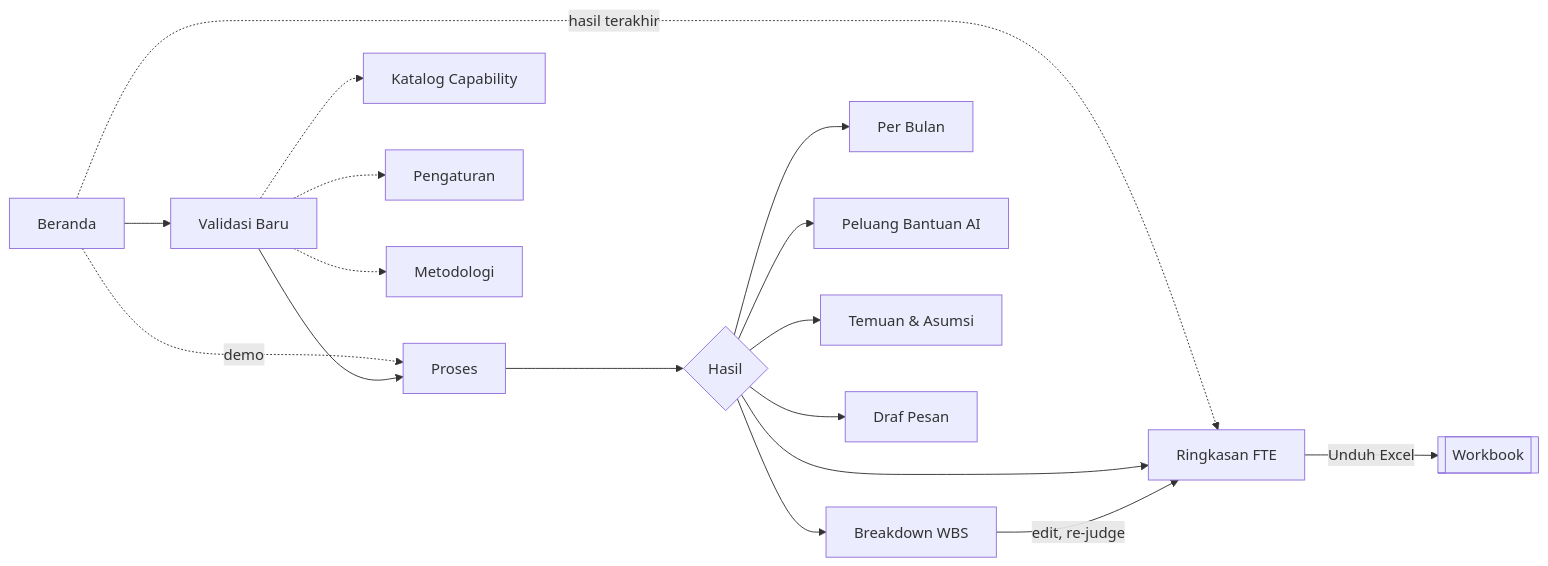
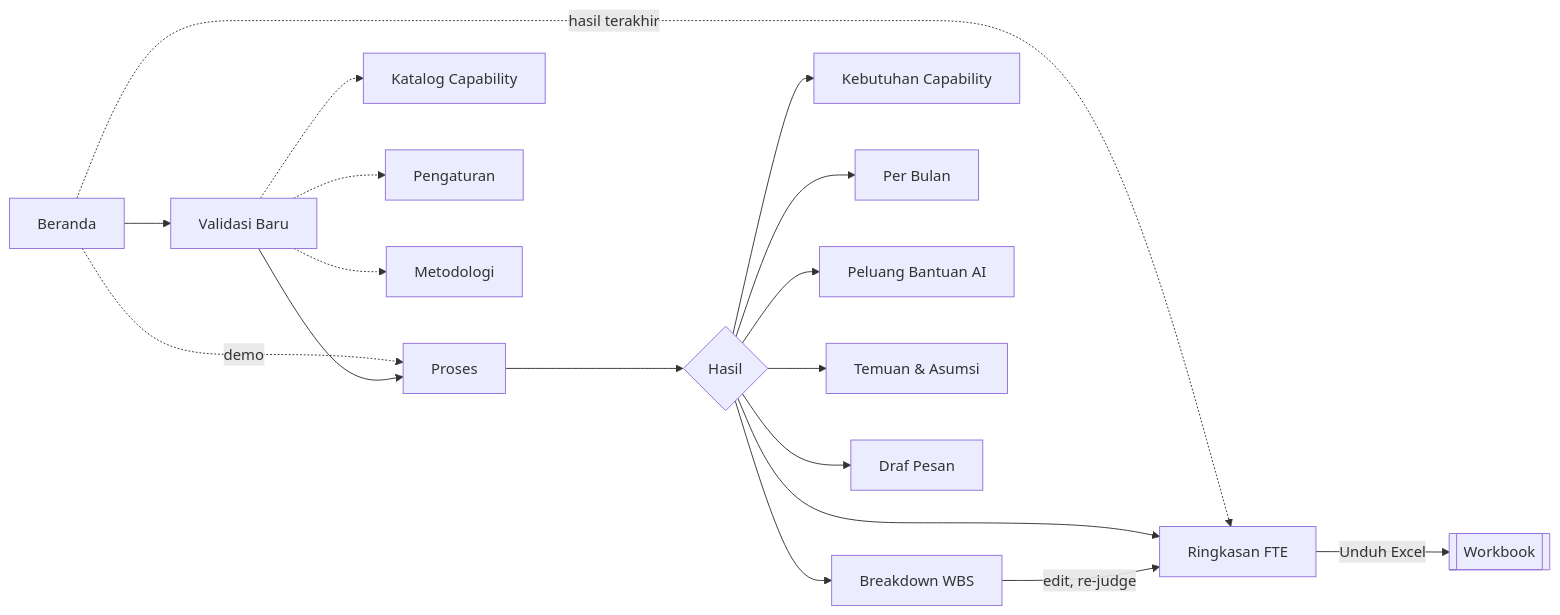
The diagram in docs/03-design/user-interface.md (adryanra97/talent-estimation-agent), drawn with Mermaid before and after one commit. The commit also changed other lines of this file and 16 other files, not shown here.

````diff
--- a/docs/03-design/user-interface.md
+++ b/docs/03-design/user-interface.md
@@ -5,19 +5,20 @@
 ```mermaid
 flowchart LR
     B[Beranda] --> V[Validasi Baru]
     B -.->|demo| P
     B -.->|hasil terakhir| H1
     V --> P[Proses]
     P --> H{Hasil}
     H --> H1[Ringkasan FTE]
     H --> H2[Breakdown WBS]
+    H --> H7[Kebutuhan Capability]
     H --> H3[Per Bulan]
     H --> H4[Peluang Bantuan AI]
     H --> H5[Temuan & Asumsi]
     H --> H6[Draf Pesan]
     V -.-> K[Katalog Capability]
     V -.-> S[Pengaturan]
     V -.-> M[Metodologi]
     H2 -->|edit, re-judge| H1
     H1 -->|Unduh Excel| X[[Workbook]]
 ```
````
